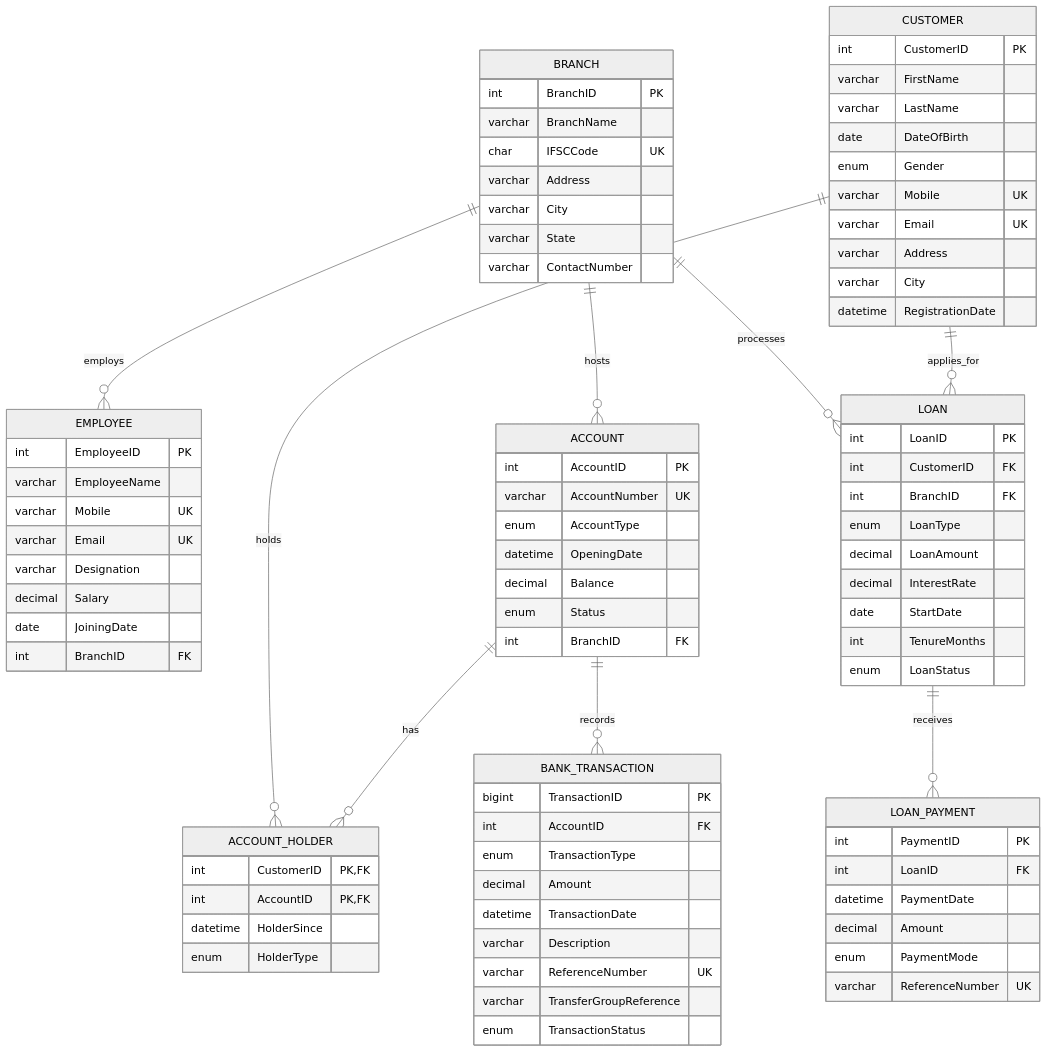
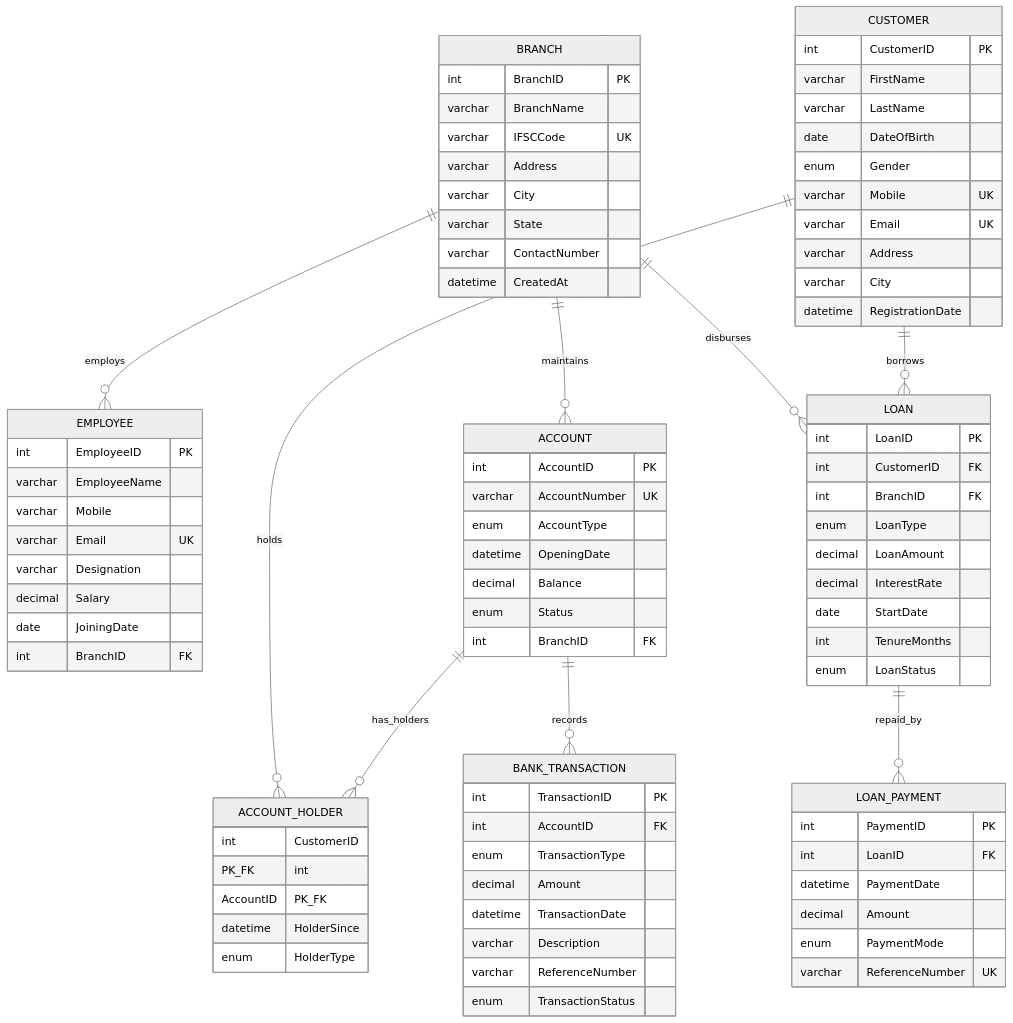
One commit to faizal-2007/Project-Kashi changed the diagram in docs/ER_DIAGRAM.mmd. Above: the diagram before and after it, drawn with Mermaid (neutral theme). The commit also changed 57 other files, not shown here.

Commit message:
feat: complete Project Kashi banking management system with 3NF schema, ACID workflows, 25 tests, and interactive SQL queries

```diff
--- a/docs/ER_DIAGRAM.mmd
+++ b/docs/ER_DIAGRAM.mmd
@@ -1,86 +1,93 @@
 erDiagram
-    BRANCH ||--o{ EMPLOYEE : employs
-    BRANCH ||--o{ ACCOUNT : hosts
-    BRANCH ||--o{ LOAN : processes
-    CUSTOMER ||--o{ ACCOUNT_HOLDER : holds
-    ACCOUNT ||--o{ ACCOUNT_HOLDER : has
-    CUSTOMER ||--o{ LOAN : applies_for
-    ACCOUNT ||--o{ BANK_TRANSACTION : records
-    LOAN ||--o{ LOAN_PAYMENT : receives
+    BRANCH ||--o{ EMPLOYEE : "employs"
+    BRANCH ||--o{ ACCOUNT : "maintains"
+    BRANCH ||--o{ LOAN : "disburses"
+    CUSTOMER ||--o{ ACCOUNT_HOLDER : "holds"
+    ACCOUNT ||--o{ ACCOUNT_HOLDER : "has_holders"
+    CUSTOMER ||--o{ LOAN : "borrows"
+    ACCOUNT ||--o{ BANK_TRANSACTION : "records"
+    LOAN ||--o{ LOAN_PAYMENT : "repaid_by"
 
     BRANCH {
         int BranchID PK
         varchar BranchName
-        char IFSCCode UK
+        varchar IFSCCode UK
         varchar Address
         varchar City
         varchar State
         varchar ContactNumber
+        datetime CreatedAt
     }
+
+    EMPLOYEE {
+        int EmployeeID PK
+        varchar EmployeeName
+        varchar Mobile
+        varchar Email UK
+        varchar Designation
+        decimal Salary
+        date JoiningDate
+        int BranchID FK
+    }
+
     CUSTOMER {
         int CustomerID PK
         varchar FirstName
         varchar LastName
         date DateOfBirth
         enum Gender
         varchar Mobile UK
         varchar Email UK
         varchar Address
         varchar City
         datetime RegistrationDate
     }
-    EMPLOYEE {
-        int EmployeeID PK
-        varchar EmployeeName
-        varchar Mobile UK
-        varchar Email UK
-        varchar Designation
-        decimal Salary
-        date JoiningDate
-        int BranchID FK
-    }
+
     ACCOUNT {
         int AccountID PK
         varchar AccountNumber UK
         enum AccountType
         datetime OpeningDate
         decimal Balance
         enum Status
         int BranchID FK
     }
+
     ACCOUNT_HOLDER {
-        int CustomerID PK,FK
-        int AccountID PK,FK
+        int CustomerID PK_FK
+        int AccountID PK_FK
         datetime HolderSince
         enum HolderType
     }
+
     BANK_TRANSACTION {
-        bigint TransactionID PK
+        int TransactionID PK
         int AccountID FK
         enum TransactionType
         decimal Amount
         datetime TransactionDate
         varchar Description
-        varchar ReferenceNumber UK
-        varchar TransferGroupReference
+        varchar ReferenceNumber
         enum TransactionStatus
     }
+
     LOAN {
         int LoanID PK
         int CustomerID FK
         int BranchID FK
         enum LoanType
         decimal LoanAmount
         decimal InterestRate
         date StartDate
         int TenureMonths
         enum LoanStatus
     }
+
     LOAN_PAYMENT {
         int PaymentID PK
         int LoanID FK
         datetime PaymentDate
         decimal Amount
         enum PaymentMode
         varchar ReferenceNumber UK
     }
```
